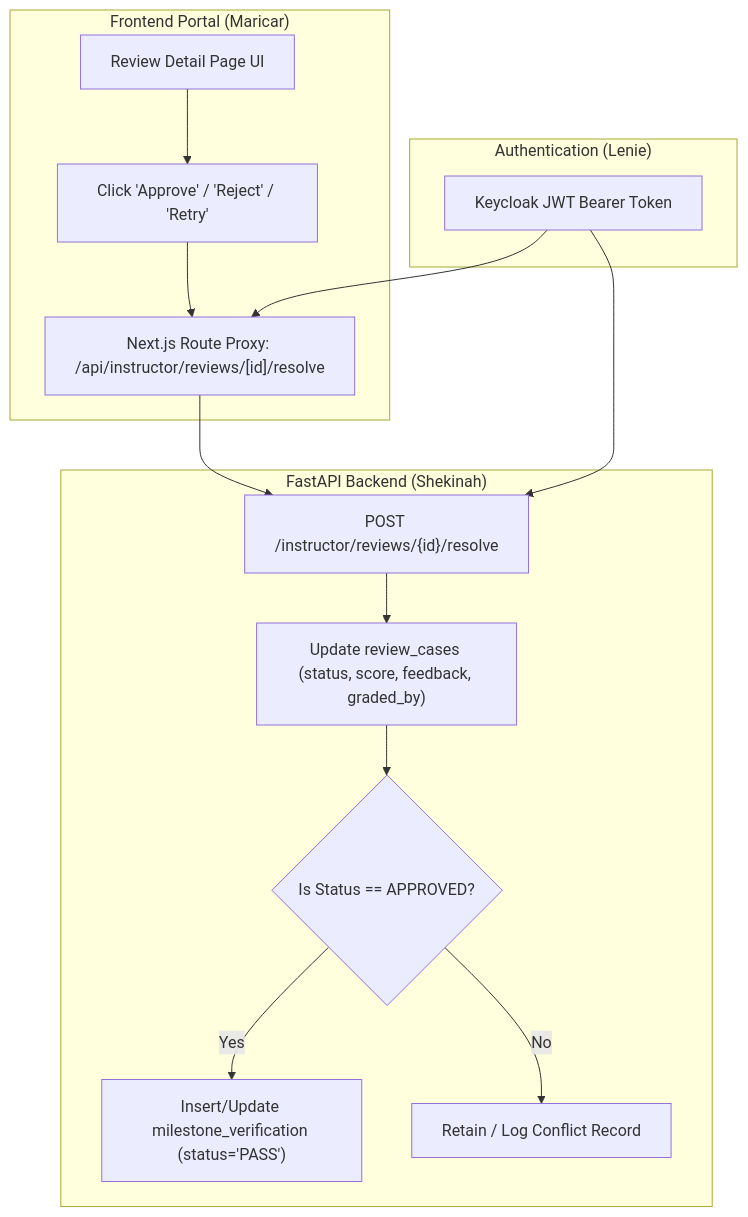
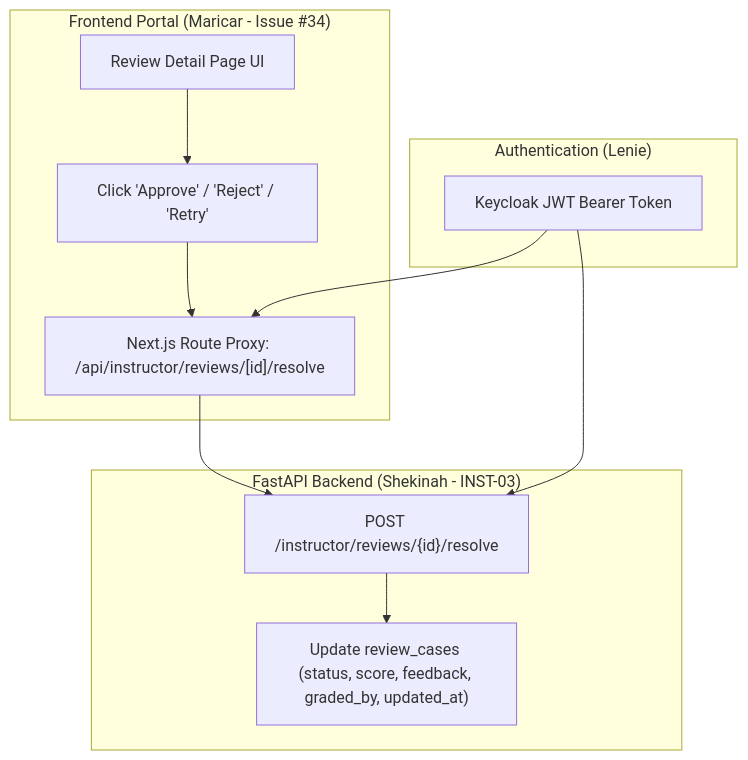
Before and after one commit to lmarellanojr/Capstone2-deploy: the diagram in cyberrange/docs/INSTRUCTOR_API_HANDOFF.md, drawn with Mermaid. The commit also changed other lines of this file and 1 other file, not shown here.

Commit message:
docs(instructor): correct review integration handoff

````diff
--- a/cyberrange/docs/INSTRUCTOR_API_HANDOFF.md
+++ b/cyberrange/docs/INSTRUCTOR_API_HANDOFF.md
@@ -459,18 +488,15 @@
 ```mermaid
 flowchart TD
-    subgraph UI ["Frontend Portal (Maricar)"]
+    subgraph UI ["Frontend Portal (Maricar - Issue #34)"]
         A["Review Detail Page UI"] --> B["Click 'Approve' / 'Reject' / 'Retry'"]
         B --> C["Next.js Route Proxy: /api/instructor/reviews/[id]/resolve"]
     end
-    subgraph Backend ["FastAPI Backend (Shekinah)"]
+    subgraph Backend ["FastAPI Backend (Shekinah - INST-03)"]
         C --> D["POST /instructor/reviews/{id}/resolve"]
-        D --> E["Update review_cases (status, score, feedback, graded_by)"]
-        E --> F{"Is Status == APPROVED?"}
-        F -- Yes --> G["Insert/Update milestone_verification (status='PASS')"]
-        F -- No --> H["Retain / Log Conflict Record"]
+        D --> E["Update review_cases (status, score, feedback, graded_by, updated_at)"]
     end
     subgraph Keycloak ["Authentication (Lenie)"]
         I["Keycloak JWT Bearer Token"] --> C
         I --> D
     end
 ```
````
